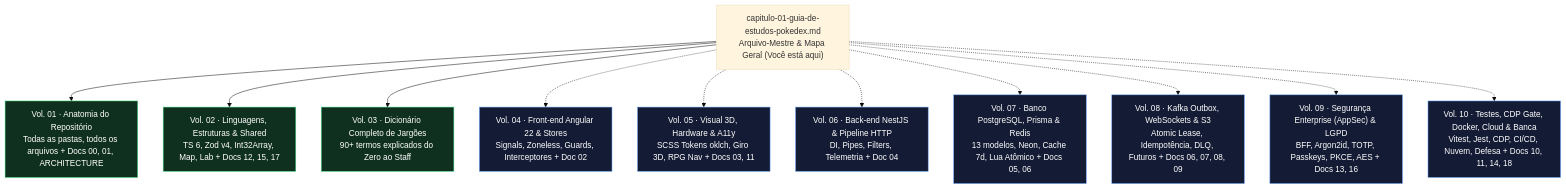
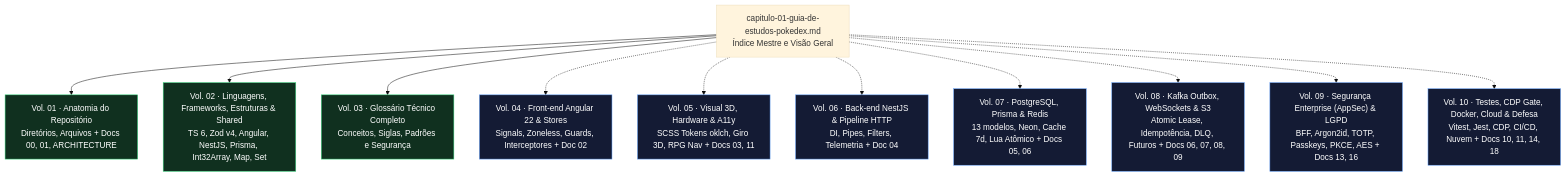
The second of 2 diagrams in docs/capitulo-01-guia-de-estudos-pokedex.md (Digooow/pokedex-frontend), drawn with Mermaid (base theme) before and after one commit. The commit also changed other lines of this file and 5 other files, not shown here.

````diff
--- a/docs/capitulo-01-guia-de-estudos-pokedex.md
+++ b/docs/capitulo-01-guia-de-estudos-pokedex.md
@@ -108,30 +101,30 @@
 ```mermaid
 flowchart TD
-  hub["capitulo-01-guia-de-estudos-pokedex.md<br/>Arquivo-Mestre & Mapa Geral (Você está aqui)"]
+  hub["capitulo-01-guia-de-estudos-pokedex.md<br/>Índice Mestre e Visão Geral"]
 
-  v01["Vol. 01 · Anatomia do Repositório<br/>Todas as pastas, todos os arquivos + Docs 00, 01, ARCHITECTURE"]:::done
-  v02["Vol. 02 · Linguagens, Estruturas & Shared<br/>TS 6, Zod v4, Int32Array, Map, Lab + Docs 12, 15, 17"]:::done
-  v03["Vol. 03 · Dicionário Completo de Jargões<br/>90+ termos explicados do Zero ao Staff"]:::done
+  v01["Vol. 01 · Anatomia do Repositório<br/>Diretórios, Arquivos + Docs 00, 01, ARCHITECTURE"]:::done
+  v02["Vol. 02 · Linguagens, Frameworks, Estruturas & Shared<br/>TS 6, Zod v4, Angular, NestJS, Prisma, Int32Array, Map, Set"]:::done
+  v03["Vol. 03 · Glossário Técnico Completo<br/>Conceitos, Siglas, Padrões e Segurança"]:::done
 
   v04["Vol. 04 · Front-end Angular 22 & Stores<br/>Signals, Zoneless, Guards, Interceptores + Doc 02"]:::plan
   v05["Vol. 05 · Visual 3D, Hardware & A11y<br/>SCSS Tokens oklch, Giro 3D, RPG Nav + Docs 03, 11"]:::plan
   v06["Vol. 06 · Back-end NestJS & Pipeline HTTP<br/>DI, Pipes, Filters, Telemetria + Doc 04"]:::plan
-  v07["Vol. 07 · Banco PostgreSQL, Prisma & Redis<br/>13 modelos, Neon, Cache 7d, Lua Atômico + Docs 05, 06"]:::plan
+  v07["Vol. 07 · PostgreSQL, Prisma & Redis<br/>13 modelos, Neon, Cache 7d, Lua Atômico + Docs 05, 06"]:::plan
   v08["Vol. 08 · Kafka Outbox, WebSockets & S3<br/>Atomic Lease, Idempotência, DLQ, Futuros + Docs 06, 07, 08, 09"]:::plan
   v09["Vol. 09 · Segurança Enterprise (AppSec) & LGPD<br/>BFF, Argon2id, TOTP, Passkeys, PKCE, AES + Docs 13, 16"]:::plan
-  v10["Vol. 10 · Testes, CDP Gate, Docker, Cloud & Banca<br/>Vitest, Jest, CDP, CI/CD, Nuvem, Defesa + Docs 10, 11, 14, 18"]:::plan
+  v10["Vol. 10 · Testes, CDP Gate, Docker, Cloud & Defesa<br/>Vitest, Jest, CDP, CI/CD, Nuvem + Docs 10, 11, 14, 18"]:::plan
 
   hub --> v01
   hub --> v02
   hub --> v03
   hub -.-> v04
   hub -.-> v05
   hub -.-> v06
   hub -.-> v07
   hub -.-> v08
   hub -.-> v09
   hub -.-> v10
 
   classDef done fill:#10301f,stroke:#3ddc84,color:#fff
   classDef plan fill:#141b34,stroke:#6aa7ff,color:#fff
 ```
````
